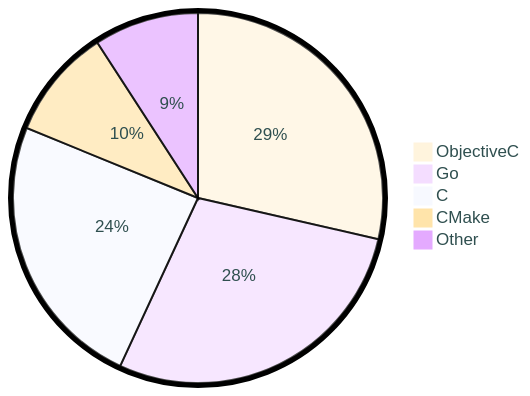
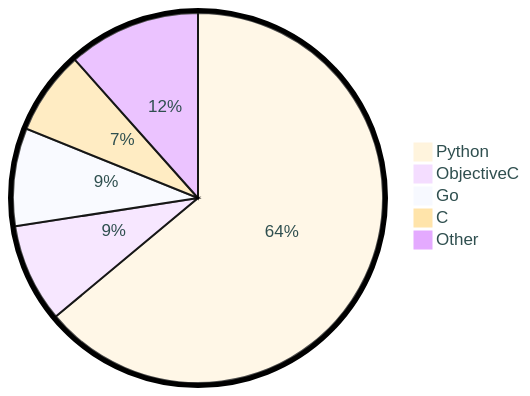
One commit to tot0p/tot0p changed the diagram in README.md. Above: the diagram before and after it, drawn with Mermaid. The commit also changed other lines of this file, not shown here.

````diff
--- a/README.md
+++ b/README.md
@@ -77,9 +80,9 @@
 ```mermaid
 %%{init: {"pie": {"textPosition": 0.5}, "themeVariables": {"pieOuterStrokeWidth": "5px","primaryTextColor" : "#2F4F4F"},"theme":"base"} }%%
 pie
-	"ObjectiveC": 28.58
-	"Go": 28.33
-	"C": 24.27
-	"CMake": 9.68
-	"Other": 9.15
+	"Python": 63.95
+	"ObjectiveC": 8.61
+	"Go": 8.55
+	"C": 7.32
+	"Other": 11.58
 ```
````
